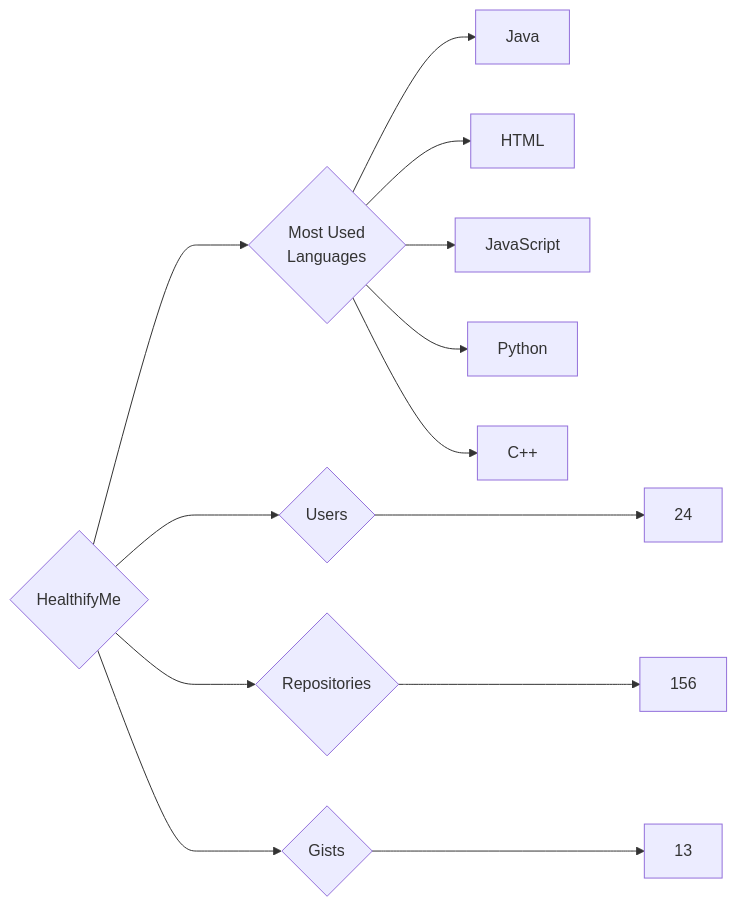
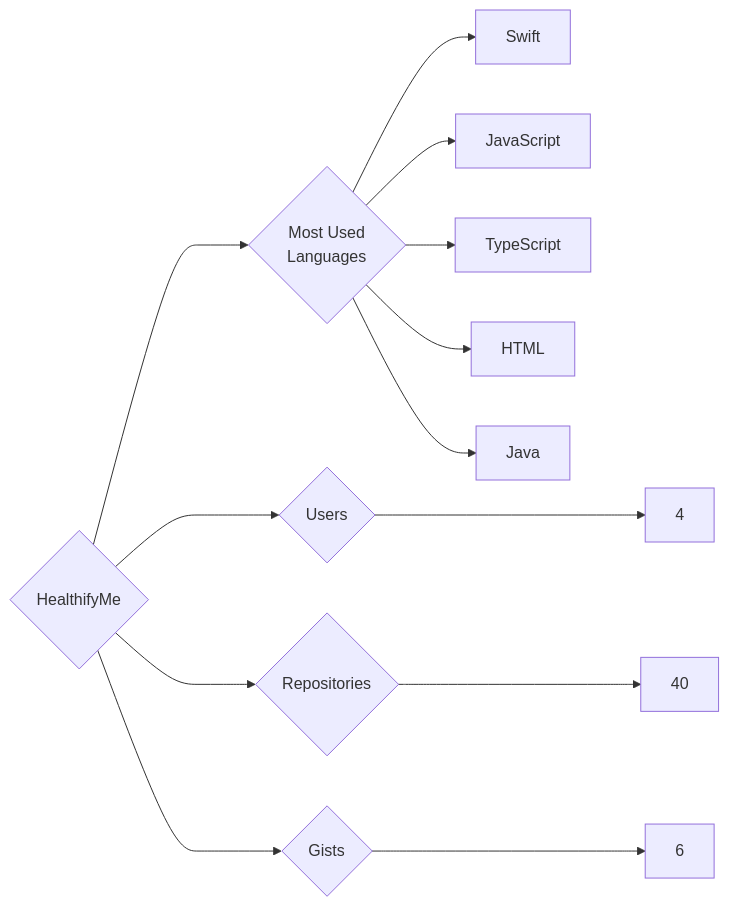
Before and after one commit to trickest/insiders: the diagram in targets/HealthifyMe/README.md, drawn with Mermaid. The commit also changed 553 other files, not shown here.

````diff
--- a/targets/HealthifyMe/README.md
+++ b/targets/HealthifyMe/README.md
@@ -3,13 +3,13 @@
 ```mermaid
 graph LR
 COMPANY_NAME{HealthifyMe}
-COMPANY_NAME ---> U{Users} ---> UN[24]
-COMPANY_NAME ---> R{Repositories} ---> RN[156]
-COMPANY_NAME ---> G{Gists} ---> GN[13]
+COMPANY_NAME ---> U{Users} ---> UN[4]
+COMPANY_NAME ---> R{Repositories} ---> RN[40]
+COMPANY_NAME ---> G{Gists} ---> GN[6]
 COMPANY_NAME ---> ML{Most Used<br>Languages}
+ML --> Swift[Swift]
+ML --> JavaScript[JavaScript]
+ML --> TypeScript[TypeScript]
+ML --> HTML[HTML]
 ML --> Java[Java]
-ML --> HTML[HTML]
-ML --> JavaScript[JavaScript]
-ML --> Python[Python]
-ML --> C++[C++]
 ```
````
